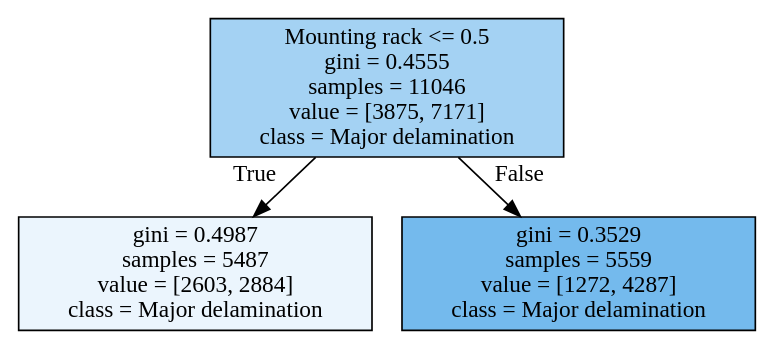
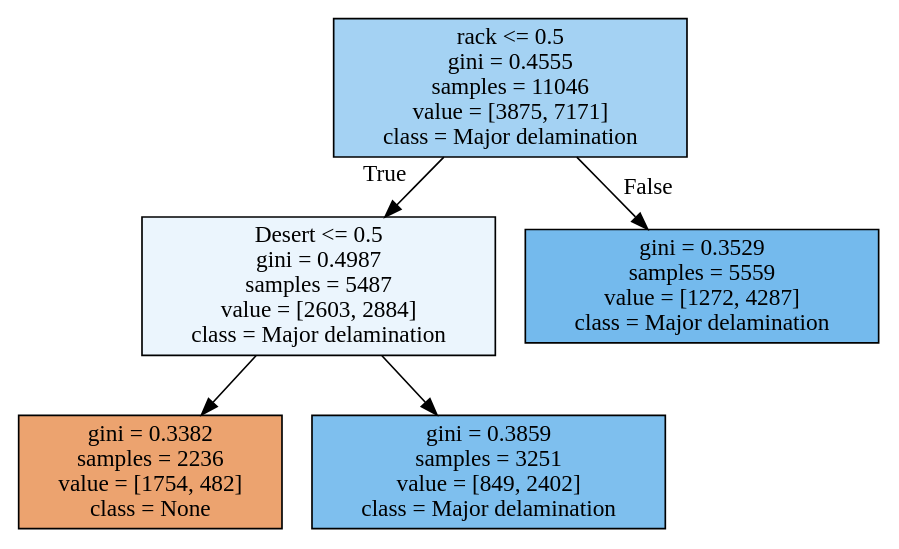
The diagram in degradation_modes/output/Cause Major delamination.dot (hackingmaterials/duramat), drawn with Graphviz before and after one commit. The commit also changed 22 other files, not shown here.

```diff
--- a/degradation_modes/output/Cause Major delamination.dot
+++ b/degradation_modes/output/Cause Major delamination.dot
@@ -1,8 +1,12 @@
 digraph Tree {
 node [shape=box, style="filled", color="black"] ;
-0 [label="Mounting rack <= 0.5\ngini = 0.4555\nsamples = 11046\nvalue = [3875, 7171]\nclass = Major delamination", fillcolor="#399de575"] ;
-1 [label="gini = 0.4987\nsamples = 5487\nvalue = [2603, 2884]\nclass = Major delamination", fillcolor="#399de519"] ;
+0 [label="rack <= 0.5\ngini = 0.4555\nsamples = 11046\nvalue = [3875, 7171]\nclass = Major delamination", fillcolor="#399de575"] ;
+1 [label="Desert <= 0.5\ngini = 0.4987\nsamples = 5487\nvalue = [2603, 2884]\nclass = Major delamination", fillcolor="#399de519"] ;
 0 -> 1 [labeldistance=2.5, labelangle=45, headlabel="True"] ;
-2 [label="gini = 0.3529\nsamples = 5559\nvalue = [1272, 4287]\nclass = Major delamination", fillcolor="#399de5b3"] ;
-0 -> 2 [labeldistance=2.5, labelangle=-45, headlabel="False"] ;
+2 [label="gini = 0.3382\nsamples = 2236\nvalue = [1754, 482]\nclass = None", fillcolor="#e58139b9"] ;
+1 -> 2 ;
+3 [label="gini = 0.3859\nsamples = 3251\nvalue = [849, 2402]\nclass = Major delamination", fillcolor="#399de5a5"] ;
+1 -> 3 ;
+4 [label="gini = 0.3529\nsamples = 5559\nvalue = [1272, 4287]\nclass = Major delamination", fillcolor="#399de5b3"] ;
+0 -> 4 [labeldistance=2.5, labelangle=-45, headlabel="False"] ;
 }
```
